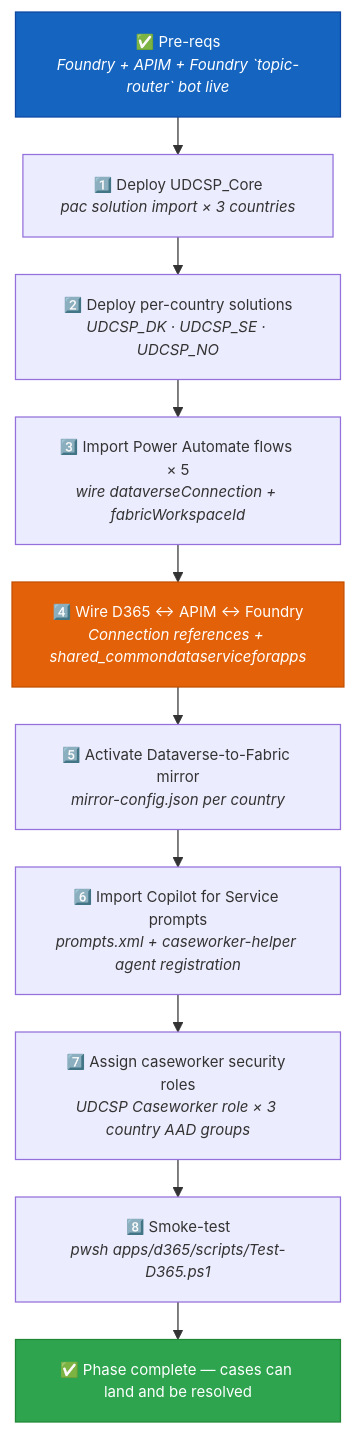
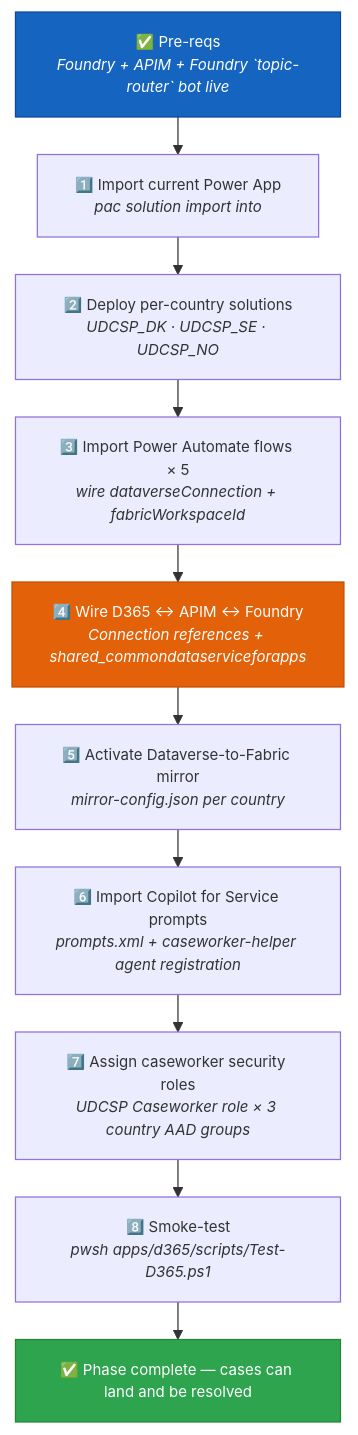
The fourth of 4 diagrams in docs/biz/caseworker.md (fredgis/UDCSP), drawn with Mermaid before and after one commit. The commit also changed other lines of this file and 37 other files, not shown here.

````diff
--- a/docs/biz/caseworker.md
+++ b/docs/biz/caseworker.md
@@ -405,20 +426,20 @@
 ```mermaid
 %%{ init: { 'flowchart': { 'nodeSpacing': 25, 'rankSpacing': 30 }, 'themeVariables': { 'fontSize': '12px' } } }%%
 flowchart TB
     P0["✅ Pre-reqs<br/><i>Foundry + APIM + Foundry `topic-router` bot live</i>"]
-    P1["1️⃣ Deploy UDCSP_Core<br/><i>pac solution import × 3 countries</i>"]
+    P1["1️⃣ Import current Power App<br/><i>pac solution import into <your-dataverse-env></i>"]
     P2["2️⃣ Deploy per-country solutions<br/><i>UDCSP_DK · UDCSP_SE · UDCSP_NO</i>"]
     P3["3️⃣ Import Power Automate flows × 5<br/><i>wire dataverseConnection + fabricWorkspaceId</i>"]
     P4["4️⃣ Wire D365 ↔ APIM ↔ Foundry<br/><i>Connection references + shared_commondataserviceforapps</i>"]
     P5["5️⃣ Activate Dataverse-to-Fabric mirror<br/><i>mirror-config.json per country</i>"]
     P6["6️⃣ Import Copilot for Service prompts<br/><i>prompts.xml + caseworker-helper agent registration</i>"]
     P7["7️⃣ Assign caseworker security roles<br/><i>UDCSP Caseworker role × 3 country AAD groups</i>"]
     P8["8️⃣ Smoke-test<br/><i>pwsh apps/d365/scripts/Test-D365.ps1</i>"]
     P9["✅ Phase complete — cases can land and be resolved"]
 
     P0 --> P1 --> P2 --> P3 --> P4 --> P5 --> P6 --> P7 --> P8 --> P9
 
     style P0 fill:#1565c0,stroke:#0d47a1,color:#fff
     style P9 fill:#2ea44f,stroke:#238636,color:#fff
     style P4 fill:#e36209,stroke:#c24e00,color:#fff
 ```
````
